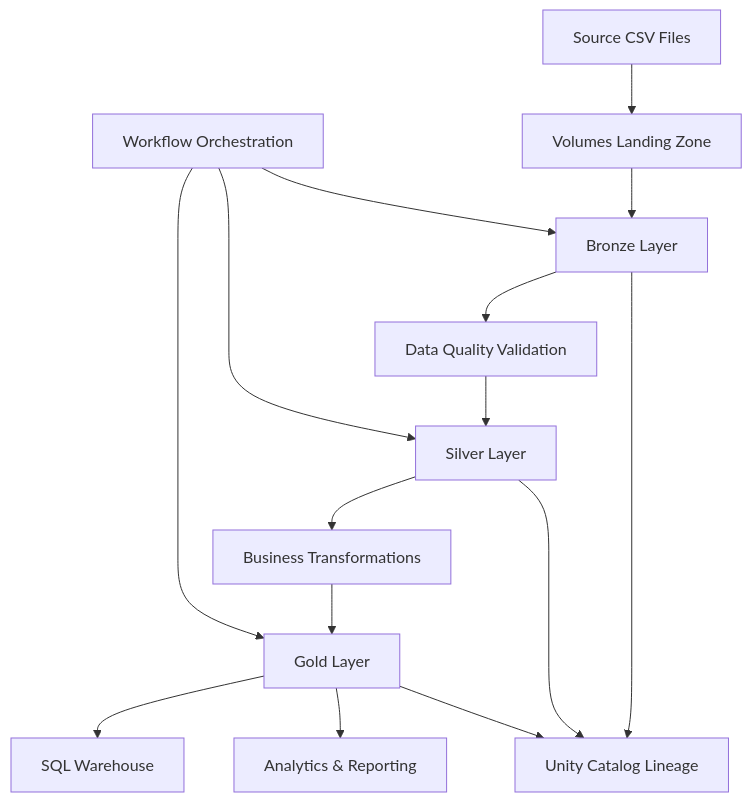
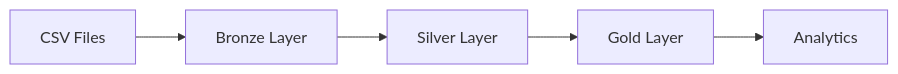
Before and after one commit to Smonsalve09/end-to-end-medallion-lakehouse-with-autoloader-dlt-and-workflows-on-databricks: the first of 5 diagrams in README.md, drawn with Mermaid. The commit also changed other lines of this file, not shown here.

First line of the commit message:
Revise README for project overview and architecture details

````diff
--- a/README.md
+++ b/README.md
@@ -9,29 +121,8 @@
 ```mermaid
-flowchart TD
+flowchart LR
 
-    A[Source CSV Files] --> B[Volumes Landing Zone]
-
-    B --> C[Bronze Layer]
-
-    C --> D[Data Quality Validation]
-
-    D --> E[Silver Layer]
-
-    E --> F[Business Transformations]
-
-    F --> G[Gold Layer]
-
-    G --> H[SQL Warehouse]
-
-    G --> I[Analytics & Reporting]
-
-    C --> J[Unity Catalog Lineage]
-    E --> J
-    G --> J
-
-    K[Workflow Orchestration] --> C
-    K --> E
-    K --> G
-
-
+A[CSV Files] --> B[Bronze Layer]
+B --> C[Silver Layer]
+C --> D[Gold Layer]
+D --> E[Analytics]
 ```
````
